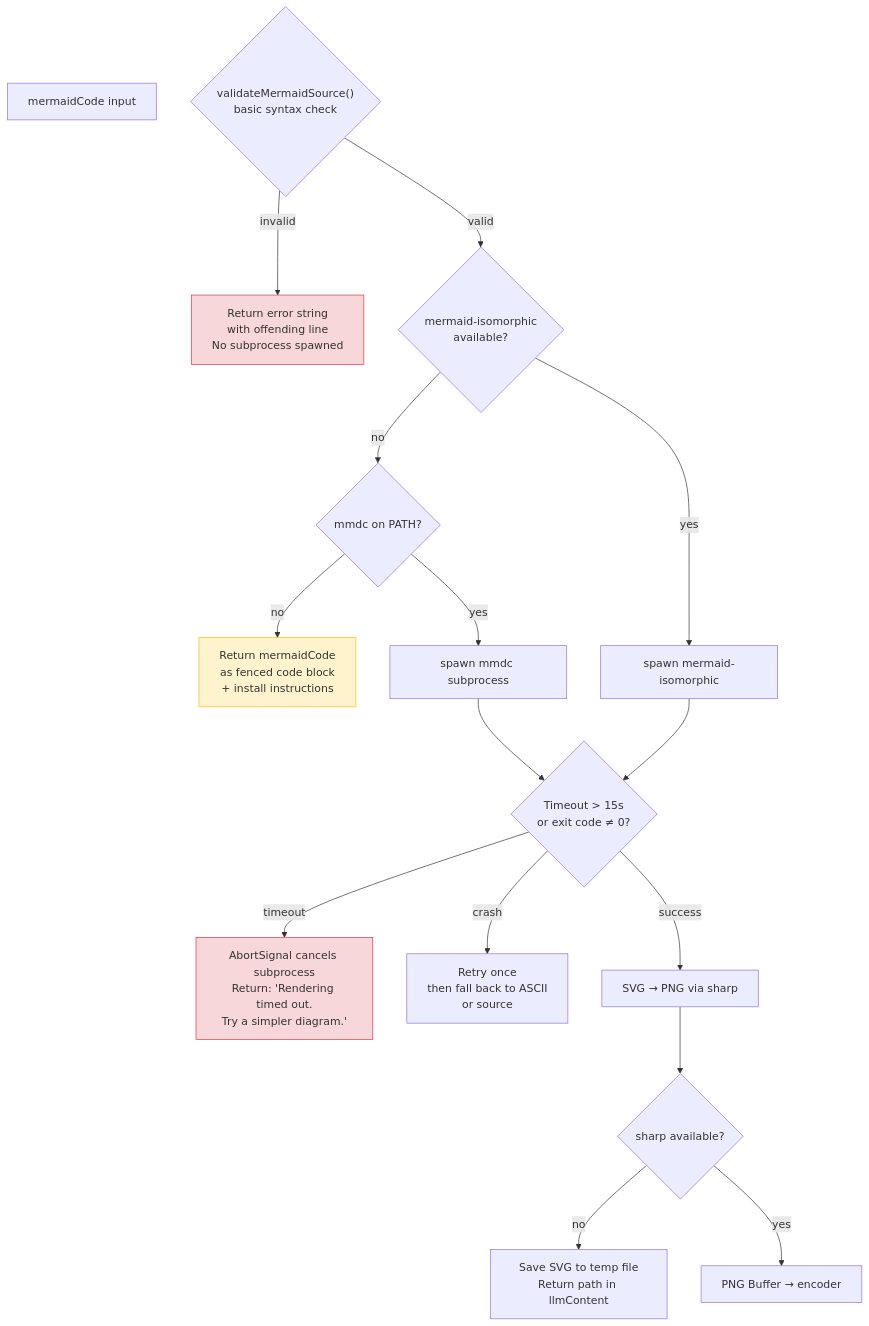
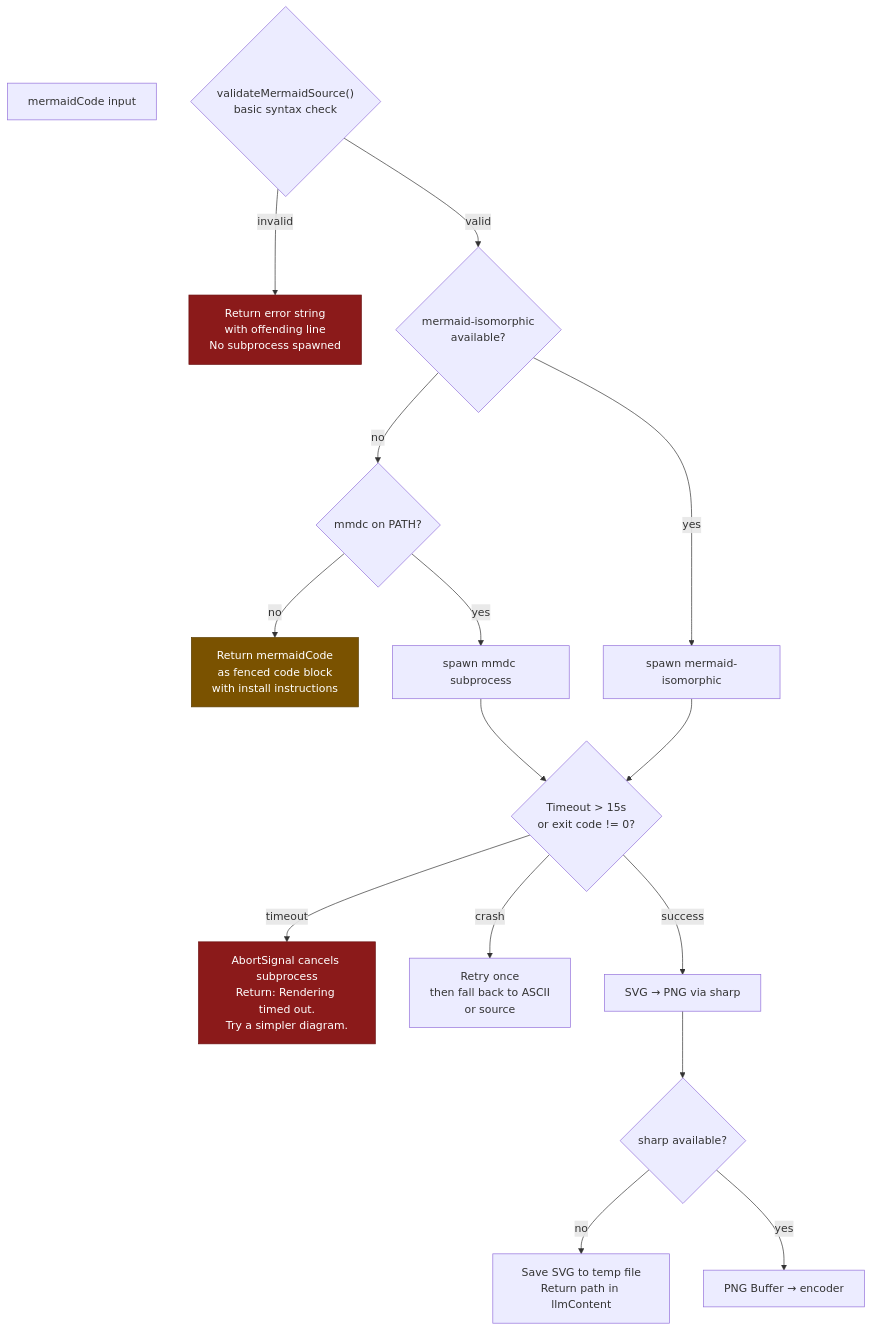
One commit to muddlebee/gemini-cli changed the tenth of 11 diagrams in docs/local/gsoc-proposal-visualization-v2.md. Above: the diagram before and after it, drawn with Mermaid. The commit also changed other lines of this file, not shown here.

Commit message:
refactor(docs): enhance Mermaid diagrams for clarity and consistency in GSoC proposal

````diff
--- a/docs/local/gsoc-proposal-visualization-v2.md
+++ b/docs/local/gsoc-proposal-visualization-v2.md
@@ -658,23 +649,23 @@
 ```mermaid
 flowchart TD
     A["mermaidCode input"]
-    B{"validateMermaidSource()\nbasic syntax check"}
-    B -- "invalid" --> C["Return error string\nwith offending line\nNo subprocess spawned"]
-    B -- "valid" --> D{"mermaid-isomorphic\navailable?"}
+    B{"validateMermaidSource()<br/>basic syntax check"}
+    B -- "invalid" --> C["Return error string<br/>with offending line<br/>No subprocess spawned"]
+    B -- "valid" --> D{"mermaid-isomorphic<br/>available?"}
     D -- "no" --> E{"mmdc on PATH?"}
-    E -- "no" --> F["Return mermaidCode\nas fenced code block\n+ install instructions"]
+    E -- "no" --> F["Return mermaidCode<br/>as fenced code block<br/>with install instructions"]
     E -- "yes" --> G["spawn mmdc subprocess"]
     D -- "yes" --> H["spawn mermaid-isomorphic"]
-    G --> I{"Timeout > 15s\nor exit code ≠ 0?"}
+    G --> I{"Timeout > 15s<br/>or exit code != 0?"}
     H --> I
-    I -- "timeout" --> J["AbortSignal cancels subprocess\nReturn: 'Rendering timed out.\nTry a simpler diagram.'"]
-    I -- "crash" --> K["Retry once\nthen fall back to ASCII\nor source"]
+    I -- "timeout" --> J["AbortSignal cancels subprocess<br/>Return: Rendering timed out.<br/>Try a simpler diagram."]
+    I -- "crash" --> K["Retry once<br/>then fall back to ASCII<br/>or source"]
     I -- "success" --> L["SVG → PNG via sharp"]
     L --> M{"sharp available?"}
-    M -- "no" --> N["Save SVG to temp file\nReturn path in llmContent"]
+    M -- "no" --> N["Save SVG to temp file<br/>Return path in llmContent"]
     M -- "yes" --> O["PNG Buffer → encoder"]
 
-    style C fill:#f8d7da,stroke:#dc3545
-    style F fill:#fff3cd,stroke:#ffc107
-    style J fill:#f8d7da,stroke:#dc3545
+    style C fill:#8b1a1a,color:#ffffff,stroke:#6b0f0f
+    style F fill:#7a5200,color:#ffffff,stroke:#5a3c00
+    style J fill:#8b1a1a,color:#ffffff,stroke:#6b0f0f
 ```
````
